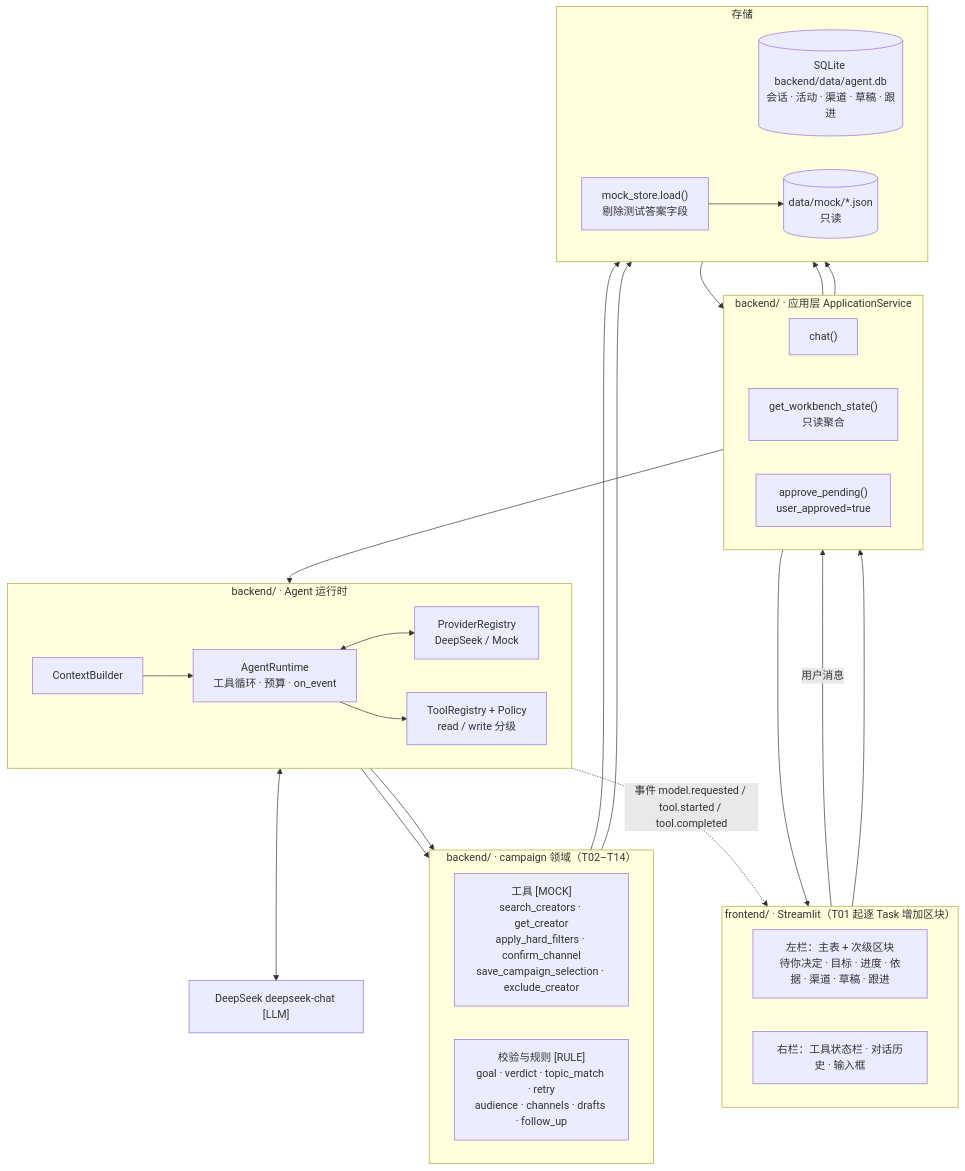
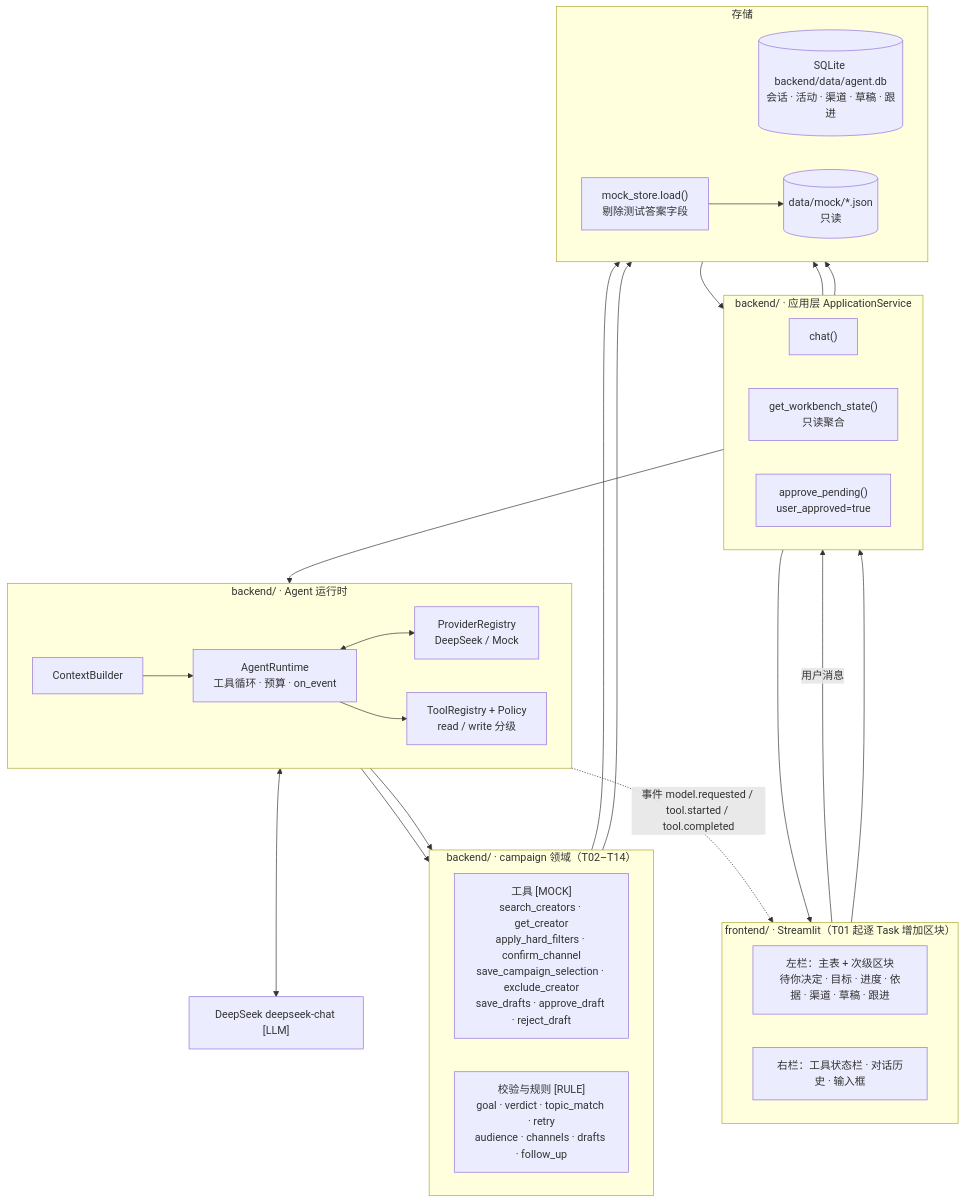
One commit to aaronzheng0111/CollabPilot changed the first of 3 diagrams in README.md. Above: the diagram before and after it, drawn with Mermaid. The commit also changed other lines of this file and 13 other files, not shown here.

````diff
--- a/README.md
+++ b/README.md
@@ -41,49 +59,49 @@
 ```mermaid
 flowchart TB
   subgraph FE["frontend/ · Streamlit（T01 起逐 Task 增加区块）"]
     direction LR
     LT["左栏：主表 + 次级区块<br/>待你决定 · 目标 · 进度 · 依据 · 渠道 · 草稿 · 跟进"]
     RT["右栏：工具状态栏 · 对话历史 · 输入框"]
   end
 
   subgraph APP["backend/ · 应用层 ApplicationService"]
     direction LR
     CHAT["chat()"]
     WS["get_workbench_state()<br/>只读聚合"]
     AP["approve_pending()<br/>user_approved=true"]
   end
 
   subgraph RUN["backend/ · Agent 运行时"]
     direction LR
     RT2["AgentRuntime<br/>工具循环 · 预算 · on_event"]
     CB["ContextBuilder"]
     PR["ProviderRegistry<br/>DeepSeek / Mock"]
     TR["ToolRegistry + Policy<br/>read / write 分级"]
   end
 
   subgraph DOM["backend/ · campaign 领域（T02–T14）"]
     direction LR
-    TOOLS["工具 [MOCK]<br/>search_creators · get_creator<br/>apply_hard_filters · confirm_channel<br/>save_campaign_selection · exclude_creator"]
+    TOOLS["工具 [MOCK]<br/>search_creators · get_creator<br/>apply_hard_filters · confirm_channel<br/>save_campaign_selection · exclude_creator<br/>save_drafts · approve_draft · reject_draft"]
     RULES["校验与规则 [RULE]<br/>goal · verdict · topic_match · retry<br/>audience · channels · drafts · follow_up"]
   end
 
   subgraph STORE["存储"]
     direction LR
     DB[("SQLite backend/data/agent.db<br/>会话 · 活动 · 渠道 · 草稿 · 跟进")]
     MS["mock_store.load()<br/>剔除测试答案字段"]
     JSON[("data/mock/*.json<br/>只读")]
   end
 
   LLM["DeepSeek deepseek-chat [LLM]"]
 
   RT -- "用户消息" --> CHAT
   CHAT --> CB --> RT2
   RT2 <--> PR <--> LLM
   RT2 --> TR --> TOOLS
   RT2 -. "事件 model.requested / tool.started / tool.completed" .-> RT
   RT2 --> RULES --> DB
   TOOLS --> MS --> JSON
   LT --> AP --> DB
   DB --> WS --> LT
   CHAT --> DB
 ```
````
